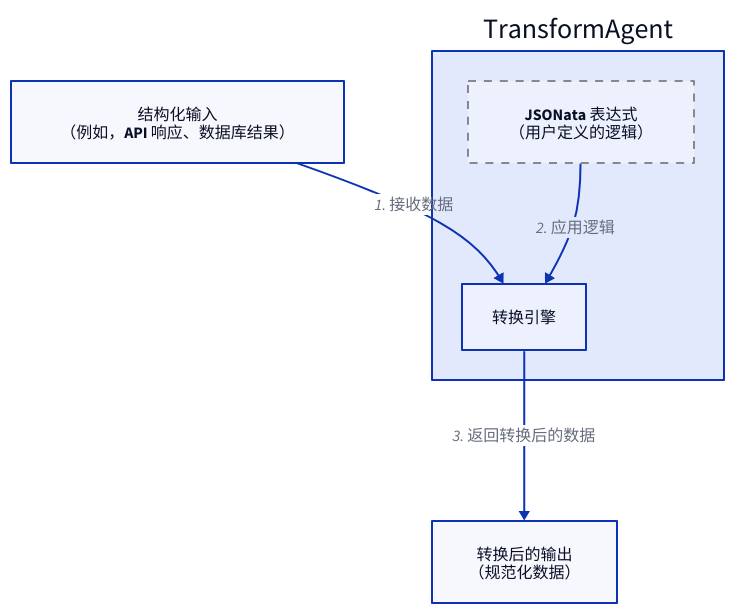
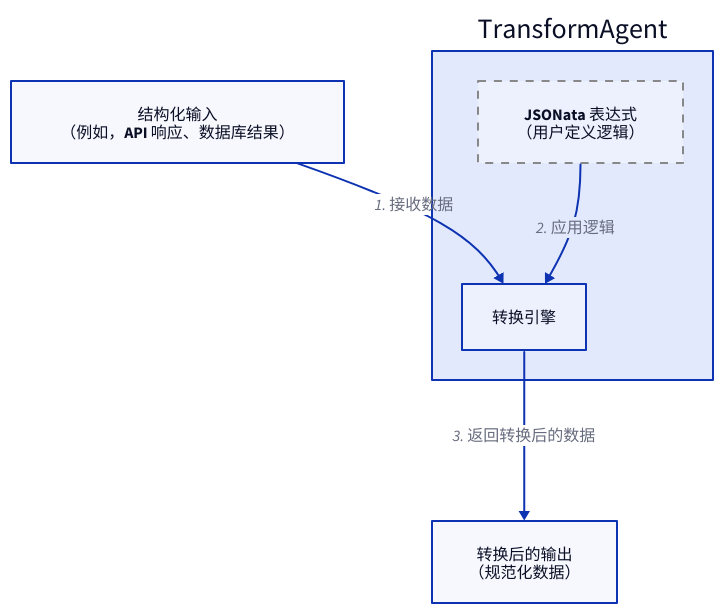
The diagram in .aigne/doc-smith/docs/developer-guide-agents-transform-agent.zh.md (AIGNE-io/aigne-framework), drawn with D2 before and after one commit. The commit also changed other lines of this file and 141 other files, not shown here.

````diff
--- a/.aigne/doc-smith/docs/developer-guide-agents-transform-agent.zh.md
+++ b/.aigne/doc-smith/docs/developer-guide-agents-transform-agent.zh.md
@@ -19,37 +19,37 @@
 ```d2
 direction: down
 
 Input-Data: {
   label: "结构化输入\n（例如，API 响应、数据库结果）"
   shape: rectangle
 }
 
 TransformAgent: {
   label: "TransformAgent"
   shape: rectangle
 
   Transformation-Engine: {
     label: "转换引擎"
     shape: rectangle
   }
 
   JSONata-Expression: {
-    label: "JSONata 表达式\n（用户定义的逻辑）"
+    label: "JSONata 表达式\n（用户定义逻辑）"
     shape: rectangle
     style: {
       stroke: "#888"
       stroke-width: 2
       stroke-dash: 4
     }
   }
 }
 
 Output-Data: {
   label: "转换后的输出\n（规范化数据）"
   shape: rectangle
 }
 
 Input-Data -> TransformAgent.Transformation-Engine: "1. 接收数据"
 TransformAgent.JSONata-Expression -> TransformAgent.Transformation-Engine: "2. 应用逻辑"
 TransformAgent.Transformation-Engine -> Output-Data: "3. 返回转换后的数据"
 ```
````
